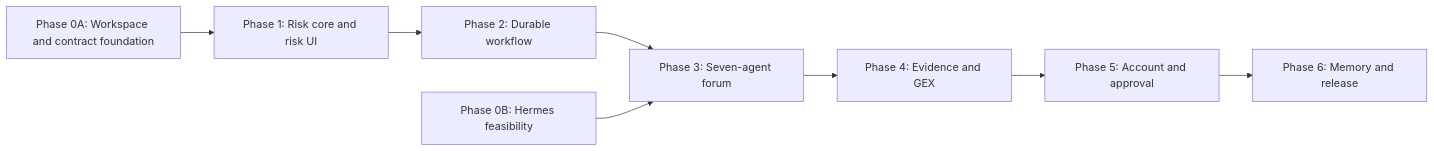
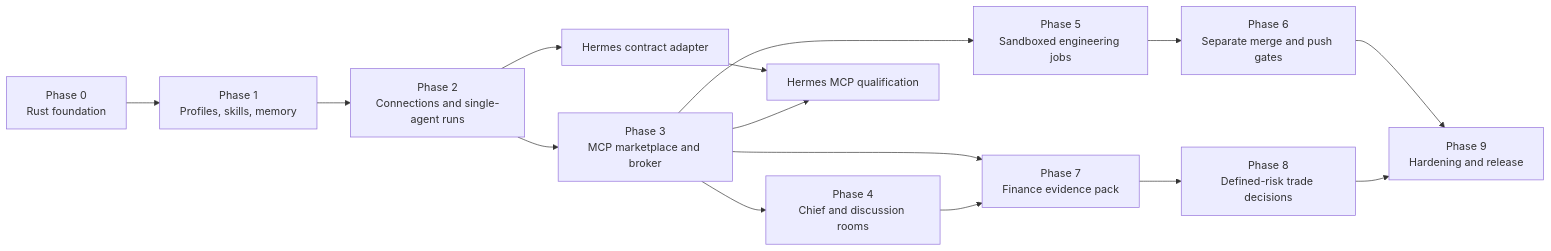
One commit to nsnguyen/ai-stock-forum changed the diagram in phases.md. Above: the diagram before and after it, drawn with Mermaid. The commit also changed other lines of this file and 1 other file, not shown here.

Commit message:
docs: redesign platform architecture for Rust terminal v1

````diff
--- a/phases.md
+++ b/phases.md
@@ -75,19 +62,21 @@
 ```mermaid
 flowchart LR
-    P0A["Phase 0A: Workspace and contract foundation"]
-    P0B["Phase 0B: Hermes feasibility"]
-    P1["Phase 1: Risk core and risk UI"]
-    P2["Phase 2: Durable workflow"]
-    P3["Phase 3: Seven-agent forum"]
-    P4["Phase 4: Evidence and GEX"]
-    P5["Phase 5: Account and approval"]
-    P6["Phase 6: Memory and release"]
+    P0["Phase 0<br/>Rust foundation"] --> P1["Phase 1<br/>Profiles, skills, memory"]
+    P1 --> P2["Phase 2<br/>Connections and single-agent runs"]
+    P2 --> P3["Phase 3<br/>MCP marketplace and broker"]
+    P3 --> P4["Phase 4<br/>Chief and discussion rooms"]
 
-    P0A --> P1
-    P1 --> P2
-    P2 --> P3
-    P0B --> P3
-    P3 --> P4
-    P4 --> P5
-    P5 --> P6
+    P2 --> PHC["Hermes contract adapter"]
+    PHC --> PHQ["Hermes MCP qualification"]
+    P3 --> PHQ
+
+    P3 --> P5["Phase 5<br/>Sandboxed engineering jobs"]
+    P5 --> P6["Phase 6<br/>Separate merge and push gates"]
+
+    P3 --> P7["Phase 7<br/>Finance evidence pack"]
+    P4 --> P7
+    P7 --> P8["Phase 8<br/>Defined-risk trade decisions"]
+
+    P6 --> P9["Phase 9<br/>Hardening and release"]
+    P8 --> P9
 ```
````
